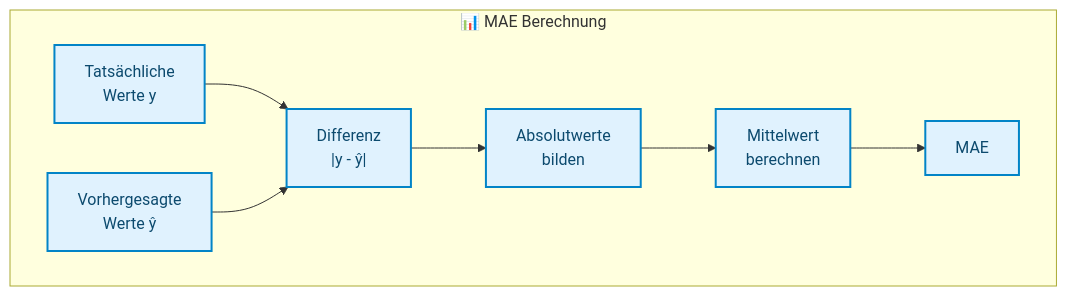
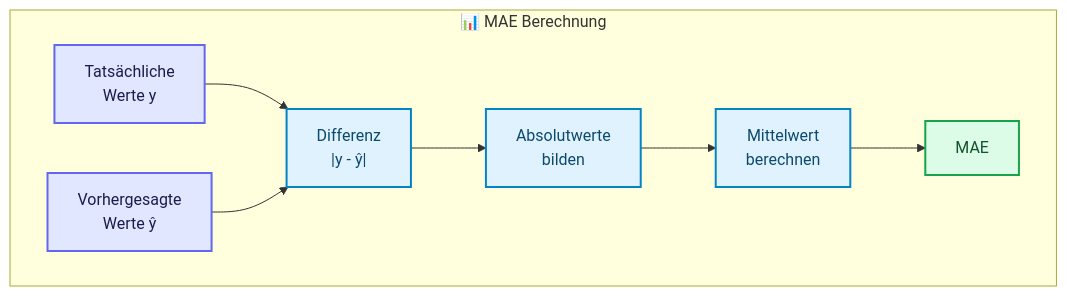
One commit to ralf-42/ML_Intro changed the third of 9 diagrams in docs/concepts/evaluate/bewertung_regression.md. Above: the diagram before and after it, drawn with Mermaid. The commit also changed 49 other files, not shown here.

````diff
--- a/docs/concepts/evaluate/bewertung_regression.md
+++ b/docs/concepts/evaluate/bewertung_regression.md
@@ -165,19 +165,24 @@
 ```mermaid
 flowchart TD
     subgraph Berechnung["📊 MAE Berechnung"]
         REAL["Tatsächliche<br/>Werte y"]
         PRED["Vorhergesagte<br/>Werte ŷ"]
         DIFF["Differenz<br/>|y - ŷ|"]
         ABS["Absolutwerte<br/>bilden"]
         MEAN["Mittelwert<br/>berechnen"]
         MAE["MAE"]
     end
     
     REAL --> DIFF
     PRED --> DIFF
     DIFF --> ABS
     ABS --> MEAN
     MEAN --> MAE
 
     classDef default fill:#e0f2fe,stroke:#0284c7,stroke-width:2px,color:#0c4a6e;
+    classDef input fill:#e0e7ff,stroke:#6366f1,stroke-width:2px,color:#1e1b4b;
+    classDef output fill:#dcfce7,stroke:#16a34a,stroke-width:2px,color:#14532d;
+
+    class REAL,PRED input;
+    class MAE output;
 ```
````
